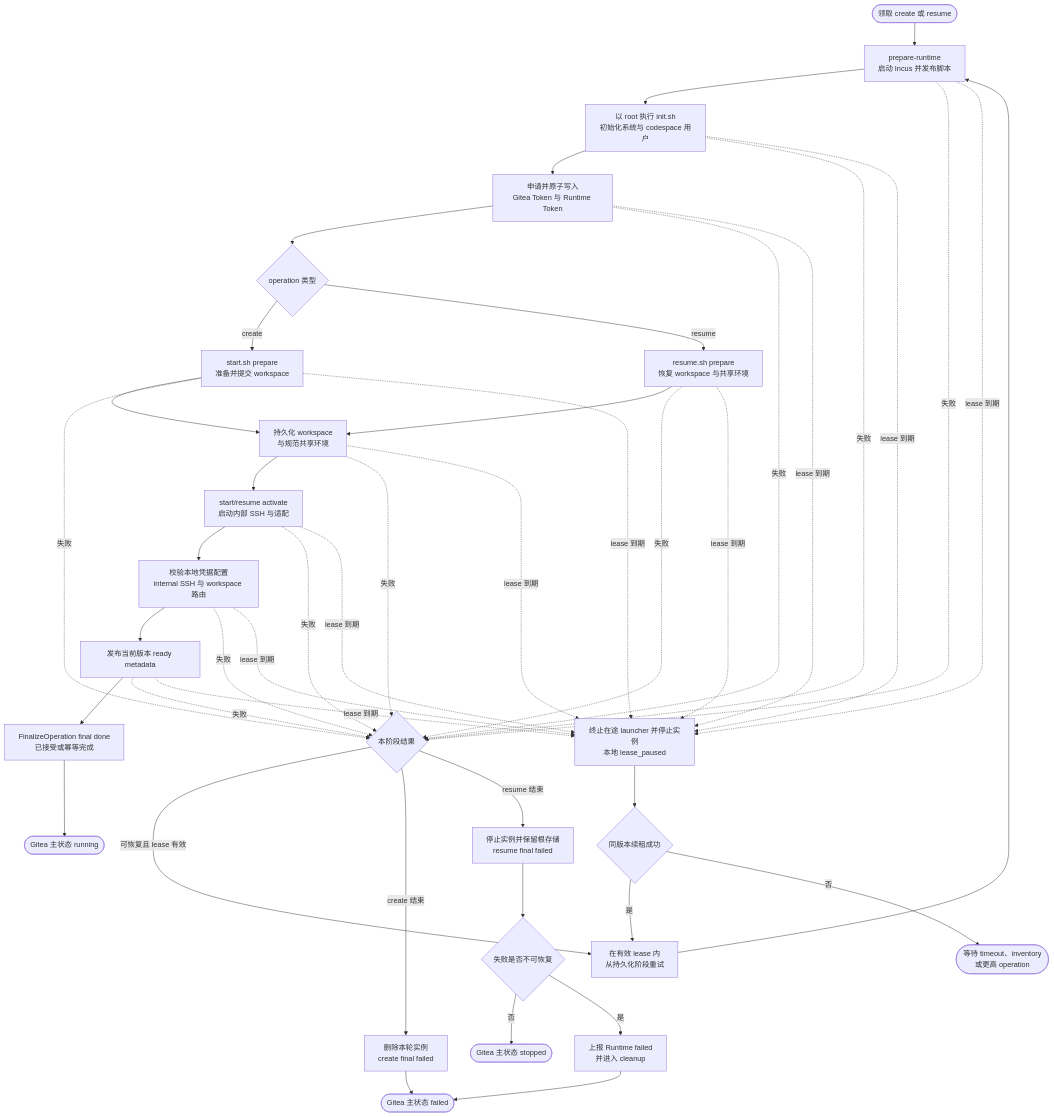
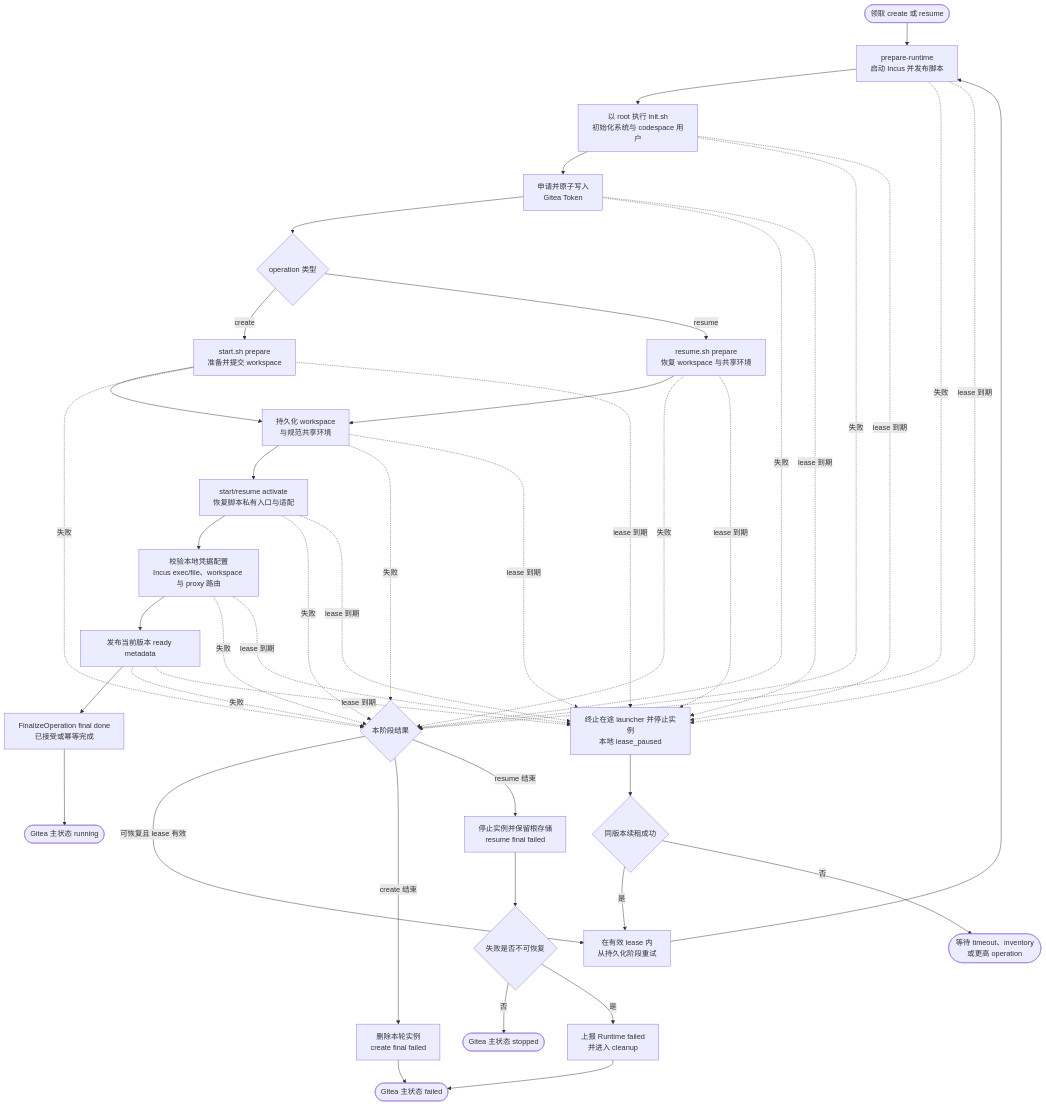
The second of 3 diagrams in src/lifecycle-flows.md (ExplodingDragon/gitea-dev), drawn with Mermaid before and after one commit. The commit also changed other lines of this file and 10 other files, not shown here.

````diff
--- a/src/lifecycle-flows.md
+++ b/src/lifecycle-flows.md
@@ -193,66 +193,66 @@
 ```mermaid
 flowchart TB
     begin([领取 create 或 resume])
     prepare[prepare-runtime<br/>启动 Incus 并发布脚本]
     init[以 root 执行 init.sh<br/>初始化系统与 codespace 用户]
-    credentials[申请并原子写入<br/>Gitea Token 与 Runtime Token]
+    credentials[申请并原子写入<br/>Gitea Token]
     operation{operation 类型}
     create[start.sh prepare<br/>准备并提交 workspace]
     resume[resume.sh prepare<br/>恢复 workspace 与共享环境]
     persist[持久化 workspace<br/>与规范共享环境]
-    activate[start/resume activate<br/>启动内部 SSH 与适配]
-    validate[校验本地凭据配置<br/>internal SSH 与 workspace 路由]
+    activate[start/resume activate<br/>恢复脚本私有入口与适配]
+    validate[校验本地凭据配置<br/>Incus exec/file、workspace 与 proxy 路由]
     publish[发布当前版本 ready metadata]
     finalize[FinalizeOperation final done<br/>已接受或幂等完成]
     running([Gitea 主状态 running])
     classify{本阶段结果}
     retry[在有效 lease 内<br/>从持久化阶段重试]
     paused[终止在途 launcher 并停止实例<br/>本地 lease_paused]
     renewed{同版本续租成功}
     reconcile([等待 timeout、inventory<br/>或更高 operation])
     createFailed[删除本轮实例<br/>create final failed]
     resumeStopped[停止实例并保留根存储<br/>resume final failed]
     resumeResult{失败是否不可恢复}
     reportFailed[上报 Runtime failed<br/>并进入 cleanup]
     failed([Gitea 主状态 failed])
     stopped([Gitea 主状态 stopped])
 
     begin --> prepare --> init
     init --> credentials
     credentials --> operation
     operation -- create --> create
     operation -- resume --> resume
     create --> persist
     resume --> persist
     persist --> activate
     activate --> validate
     validate --> publish --> finalize --> running
 
     prepare -. 失败 .-> classify
     init -. 失败 .-> classify
     credentials -. 失败 .-> classify
     create -. 失败 .-> classify
     resume -. 失败 .-> classify
     persist -. 失败 .-> classify
     activate -. 失败 .-> classify
     validate -. 失败 .-> classify
     publish -. 失败 .-> classify
     classify -- 可恢复且 lease 有效 --> retry --> prepare
     classify -- create 结束 --> createFailed --> failed
     classify -- resume 结束 --> resumeStopped --> resumeResult
     resumeResult -- 否 --> stopped
     resumeResult -- 是 --> reportFailed --> failed
 
     prepare -. lease 到期 .-> paused
     init -. lease 到期 .-> paused
     credentials -. lease 到期 .-> paused
     create -. lease 到期 .-> paused
     resume -. lease 到期 .-> paused
     persist -. lease 到期 .-> paused
     activate -. lease 到期 .-> paused
     validate -. lease 到期 .-> paused
     publish -. lease 到期 .-> paused
     paused --> renewed
     renewed -- 是 --> retry
     renewed -- 否 --> reconcile
 ```
````
